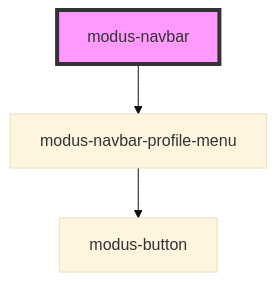
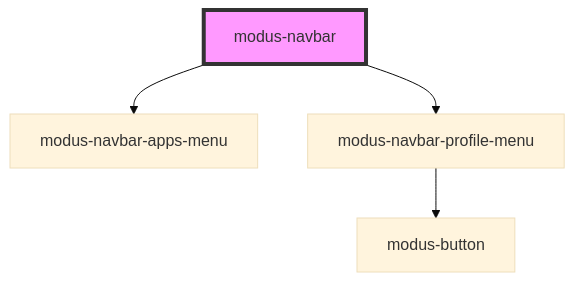
The diagram in src/components/modus-navbar/readme.md (trimble-oss/modus-web-components), drawn with Mermaid (base theme) before and after one commit. The commit also changed other lines of this file and 8 other files, not shown here.

First line of the commit message:
Add navbar apps menu

````diff
--- a/src/components/modus-navbar/readme.md
+++ b/src/components/modus-navbar/readme.md
@@ -36,6 +38,7 @@
 ```mermaid
 graph TD;
+  modus-navbar --> modus-navbar-apps-menu
   modus-navbar --> modus-navbar-profile-menu
   modus-navbar-profile-menu --> modus-button
   style modus-navbar fill:#f9f,stroke:#333,stroke-width:4px
 ```
````
